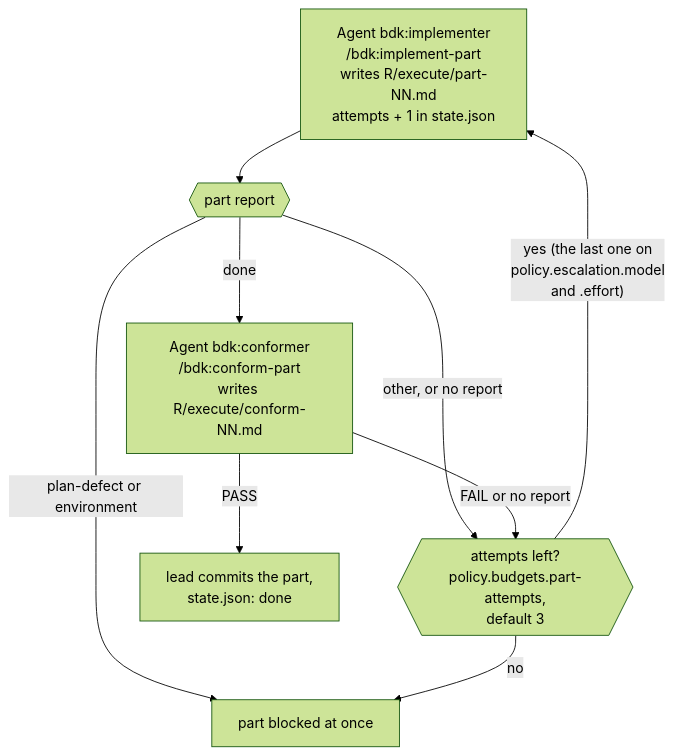
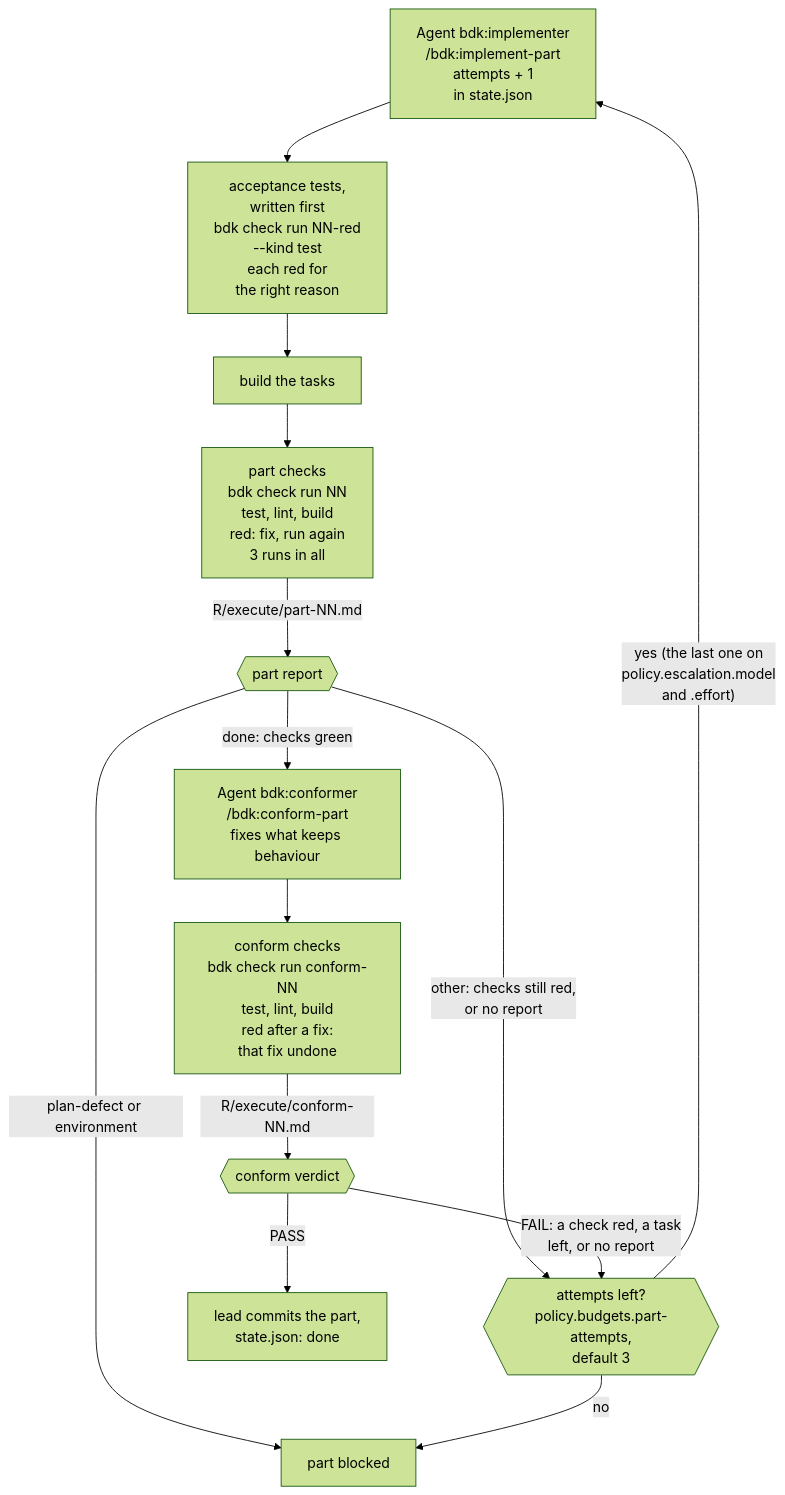
Before and after one commit to broneq/bdk: the seventh of 15 diagrams in docs/concepts/orchestrators.md, drawn with Mermaid (forest theme). The commit also changed other lines of this file and 10 other files, not shown here.

First line of the commit message:
docs(bdk): show where execute runs the tests and checks

````diff
--- a/docs/concepts/orchestrators.md
+++ b/docs/concepts/orchestrators.md
@@ -139,12 +139,18 @@
 ```mermaid
+%%{init: {"flowchart": {"wrappingWidth": 200}}}%%
 flowchart TB
-  IMP["Agent bdk:implementer<br/>/bdk:implement-part<br/>writes R/execute/part-NN.md<br/>attempts + 1 in state.json"]
-  IMP --> RI{{"part report"}}
-  RI -->|"plan-defect or environment"| PB["part blocked at once"]
-  RI -->|"other, or no report"| RETRY
-  RI -->|"done"| CONF["Agent bdk:conformer<br/>/bdk:conform-part<br/>writes R/execute/conform-NN.md"]
-  CONF -->|"FAIL or no report"| RETRY{{"attempts left?<br/>policy.budgets.part-attempts,<br/>default 3"}}
+  IMP["Agent bdk:implementer<br/>/bdk:implement-part<br/>attempts + 1<br/>in state.json"]
+  IMP --> RED["acceptance tests,<br/>written first<br/>bdk check run NN-red<br/>--kind test<br/>each red for<br/>the right reason"]
+  RED --> BUILD["build the tasks"]
+  BUILD --> PC["part checks<br/>bdk check run NN<br/>test, lint, build<br/>red: fix, run again<br/>3 runs in all"]
+  PC -->|"R/execute/part-NN.md"| RI{{"part report"}}
+  RI -->|"plan-defect or environment"| PB["part blocked"]
+  RI -->|"other: checks still red,<br/>or no report"| RETRY
+  RI -->|"done: checks green"| CONF["Agent bdk:conformer<br/>/bdk:conform-part<br/>fixes what keeps behaviour"]
+  CONF --> CC["conform checks<br/>bdk check run conform-NN<br/>test, lint, build<br/>red after a fix:<br/>that fix undone"]
+  CC -->|"R/execute/conform-NN.md"| RC{{"conform verdict"}}
+  RC -->|"FAIL: a check red, a task<br/>left, or no report"| RETRY{{"attempts left?<br/>policy.budgets.part-attempts,<br/>default 3"}}
   RETRY -->|"yes (the last one on<br/>policy.escalation.model<br/>and .effort)"| IMP
   RETRY -->|"no"| PB
-  CONF -->|"PASS"| COM["lead commits the part,<br/>state.json: done"]
+  RC -->|"PASS"| COM["lead commits the part,<br/>state.json: done"]
 ```
````
